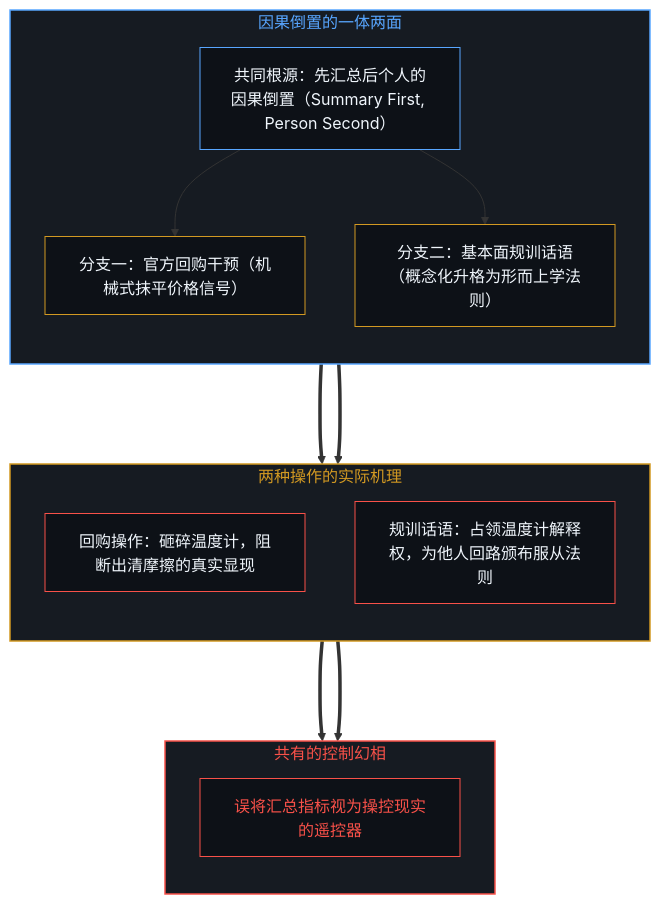
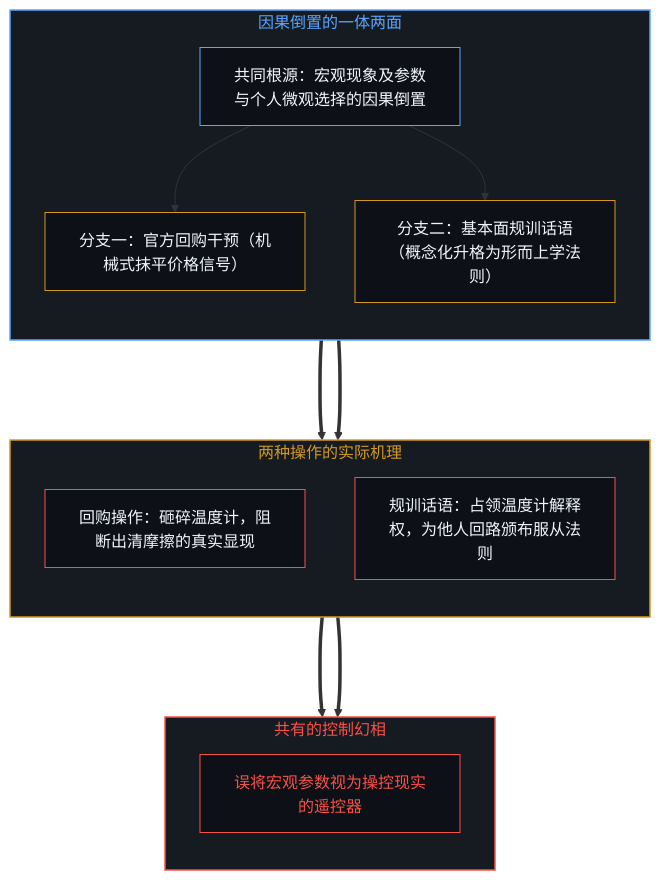
One commit to powerpig99/not-a-toe changed the fifth of 8 diagrams in content/posts/the-summary-first-reversal-and-the-command-of-yields.md. Above: the diagram before and after it, drawn with Mermaid. The commit also changed other lines of this file and 6 other files, not shown here.

Commit message:
Refactor Post #341: replace 'summary first' with canonical 'macro parameters and micro choices'

````diff
--- a/content/posts/the-summary-first-reversal-and-the-command-of-yields.md
+++ b/content/posts/the-summary-first-reversal-and-the-command-of-yields.md
@@ -179,35 +179,35 @@
 ```mermaid
 graph TD
     subgraph S_TwinManifestations ["因果倒置的一体两面"]
         direction TB
-        G1["共同根源：先汇总后个人的因果倒置（Summary First, Person Second）"]
+        G1["共同根源：宏观现象及参数与个人微观选择的因果倒置"]
         G1 --> G2["分支一：官方回购干预（机械式抹平价格信号）"]
         G1 --> G3["分支二：基本面规训话语（概念化升格为形而上学法则）"]
     end
 
     subgraph S_TwinOperations ["两种操作的实际机理"]
         direction TB
         H1["回购操作：砸碎温度计，阻断出清摩擦的真实显现"]
         H2["规训话语：占领温度计解释权，为他人回路颁布服从法则"]
     end
 
     subgraph S_SharedDelusion ["共有的控制幻相"]
         direction TB
-        I1["误将汇总指标视为操控现实的遥控器"]
+        I1["误将宏观参数视为操控现实的遥控器"]
     end
 
     G2 ===> H1
     G3 ===> H2
     H1 ===> I1
     H2 ===> I1
 
     style S_TwinManifestations fill:#161b22,stroke:#58a6ff,stroke-width:1.5px,color:#58a6ff
     style S_TwinOperations fill:#161b22,stroke:#d29922,stroke-width:1.5px,color:#d29922
     style S_SharedDelusion fill:#161b22,stroke:#f85149,stroke-width:1.5px,color:#f85149
     style G1 fill:#0d1117,stroke:#58a6ff,stroke-width:1px,color:#f0f6fc
     style G2 fill:#0d1117,stroke:#d29922,stroke-width:1px,color:#f0f6fc
     style G3 fill:#0d1117,stroke:#d29922,stroke-width:1px,color:#f0f6fc
     style H1 fill:#0d1117,stroke:#f85149,stroke-width:1px,color:#f0f6fc
     style H2 fill:#0d1117,stroke:#f85149,stroke-width:1px,color:#f0f6fc
     style I1 fill:#0d1117,stroke:#f85149,stroke-width:1px,color:#f85149
 ```
````
